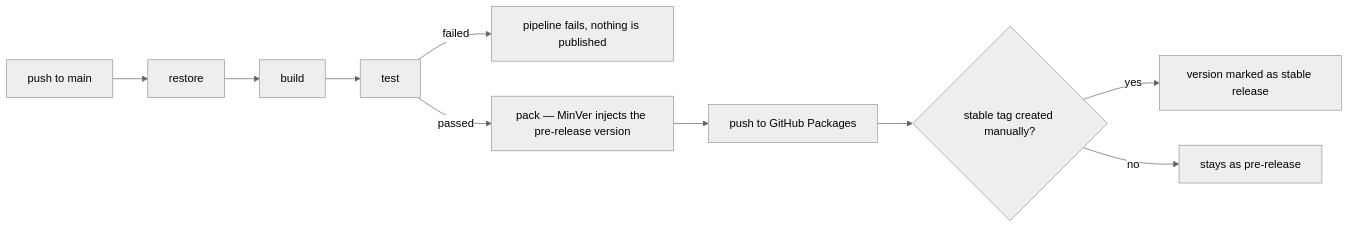
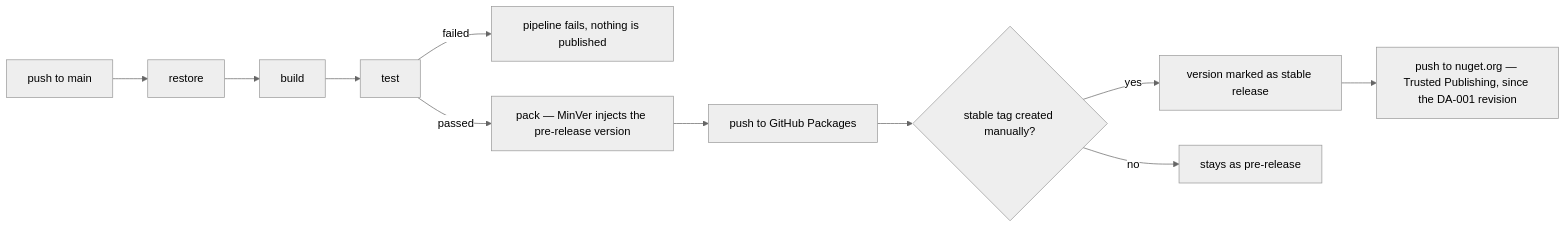
One commit to limajsolutions/limaj-framework changed the diagram in docs/epics/done/nuget-package-publishing-pipeline.md. Above: the diagram before and after it, drawn with Mermaid (neutral theme). The commit also changed other lines of this file and 4 other files, not shown here.

````diff
--- a/docs/epics/done/nuget-package-publishing-pipeline.md
+++ b/docs/epics/done/nuget-package-publishing-pipeline.md
@@ -103,12 +126,13 @@
 ```mermaid
 flowchart LR
     A[push to main] --> B[restore]
     B --> C[build]
     C --> D[test]
     D -->|failed| X[pipeline fails, nothing is published]
     D -->|passed| E[pack — MinVer injects the pre-release version]
     E --> F[push to GitHub Packages]
     F --> G{stable tag created manually?}
     G -->|yes| H[version marked as stable release]
+    H --> J[push to nuget.org — Trusted Publishing, since the DA-001 revision]
     G -->|no| I[stays as pre-release]
 ```
````
